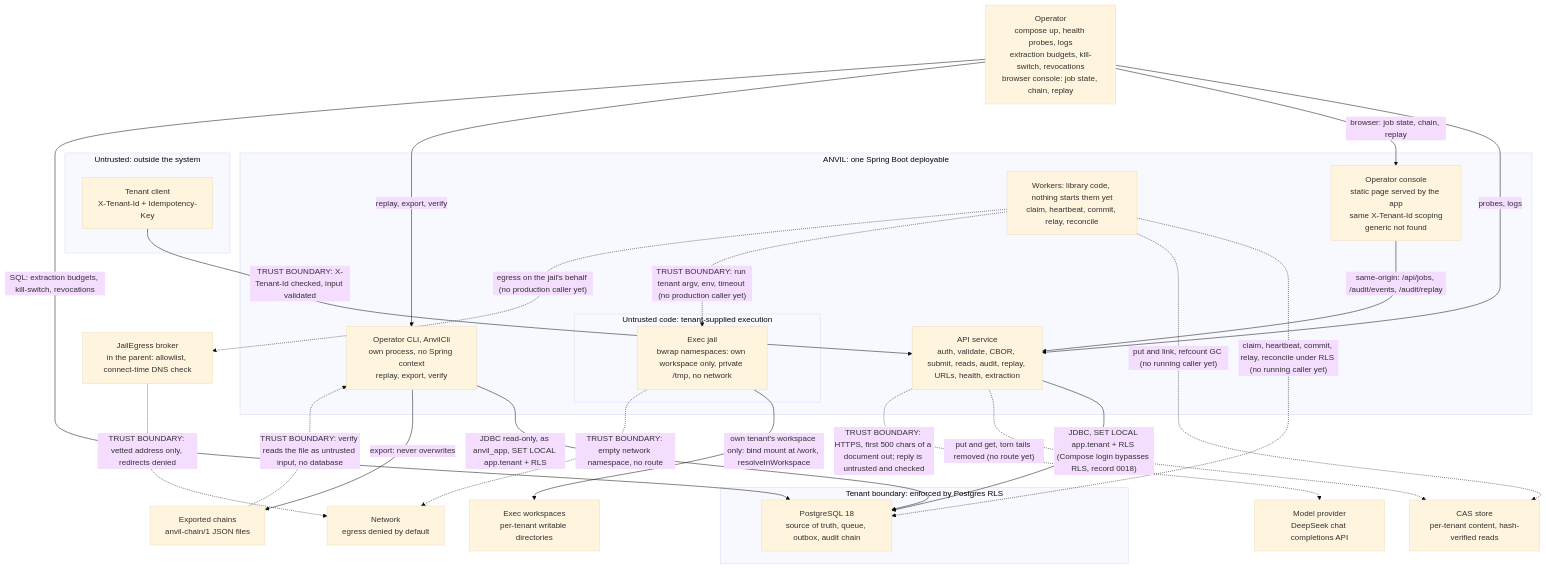
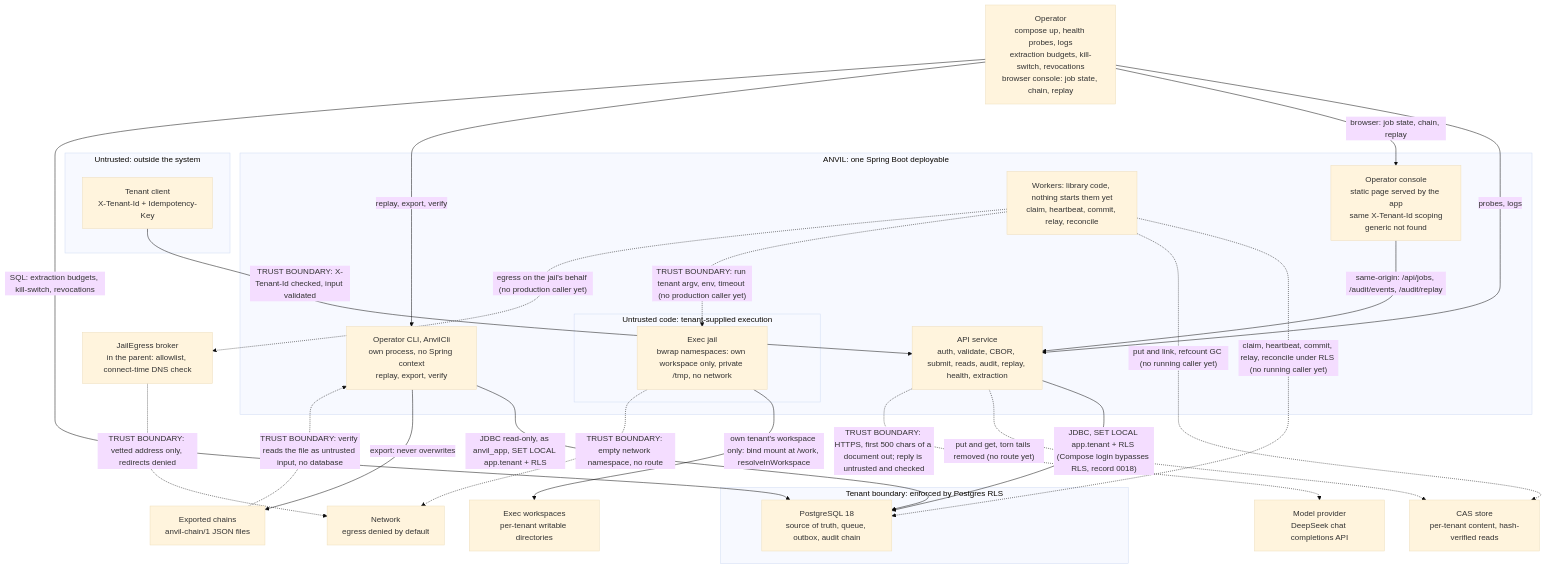
Before and after one commit to G1DO/anvil: the diagram in docs/architecture/containers.mmd, drawn with Mermaid (base theme). The commit also changed 10 other files, not shown here.

```diff
--- a/docs/architecture/containers.mmd
+++ b/docs/architecture/containers.mmd
@@ -1,42 +1,42 @@
 flowchart TB
     subgraph untrusted["Untrusted: outside the system"]
         tenantClient["Tenant client<br/>X-Tenant-Id + Idempotency-Key"]
     end
     operator["Operator<br/>compose up, health probes, logs<br/>extraction budgets, kill-switch, revocations<br/>browser console: job state, chain, replay"]
     subgraph anvil["ANVIL: one Spring Boot deployable"]
-        api["API service<br/>auth, validate, CBOR, submit, reads, audit, replay, URLs, health, extraction"]
+        api["API service<br/>auth, validate, CBOR, submit, reads, audit, replay, health, extraction"]
         console["Operator console<br/>static page served by the app<br/>same X-Tenant-Id scoping<br/>generic not found"]
         workers["Workers: library code, nothing starts them yet<br/>claim, heartbeat, commit, relay, reconcile"]
         cli["Operator CLI, AnvilCli<br/>own process, no Spring context<br/>replay, export, verify"]
         subgraph jailZone["Untrusted code: tenant-supplied execution"]
             jail["Exec jail<br/>bwrap namespaces: own workspace only, private /tmp, no network"]
         end
     end
     subgraph tenantData["Tenant boundary: enforced by Postgres RLS"]
         postgres["PostgreSQL 18<br/>source of truth, queue, outbox, audit chain"]
     end
     casStore["CAS store<br/>per-tenant content, hash-verified reads"]
     execWorkspaces["Exec workspaces<br/>per-tenant writable directories"]
     network["Network<br/>egress denied by default"]
     llm["Model provider<br/>DeepSeek chat completions API"]
     exports["Exported chains<br/>anvil-chain/1 JSON files"]
     broker["JailEgress broker<br/>in the parent: allowlist, connect-time DNS check"]
     tenantClient -->|"TRUST BOUNDARY: X-Tenant-Id checked, input validated"| api
     operator -->|probes, logs| api
     operator -->|"browser: job state, chain, replay"| console
     console -->|"same-origin: /api/jobs, /audit/events, /audit/replay"| api
     operator -->|"replay, export, verify"| cli
     cli -->|"JDBC read-only, as anvil_app, SET LOCAL app.tenant + RLS"| postgres
     cli -->|"export: never overwrites"| exports
     exports -.->|"TRUST BOUNDARY: verify reads the file as untrusted input, no database"| cli
     operator -->|"SQL: extraction budgets, kill-switch, revocations"| postgres
     api -->|"JDBC, SET LOCAL app.tenant + RLS (Compose login bypasses RLS, record 0018)"| postgres
     workers -.->|"claim, heartbeat, commit, relay, reconcile under RLS (no running caller yet)"| postgres
     api -.->|"put and get, torn tails removed (no route yet)"| casStore
     api -.->|"TRUST BOUNDARY: HTTPS, first 500 chars of a document out; reply is untrusted and checked"| llm
     workers -.->|"put and link, refcount GC (no running caller yet)"| casStore
     workers -.->|"TRUST BOUNDARY: run tenant argv, env, timeout (no production caller yet)"| jail
     jail -->|"own tenant's workspace only: bind mount at /work, resolveInWorkspace"| execWorkspaces
     jail -.->|"TRUST BOUNDARY: empty network namespace, no route"| network
     workers -.->|"egress on the jail's behalf (no production caller yet)"| broker
     broker -.->|"TRUST BOUNDARY: vetted address only, redirects denied"| network
```
